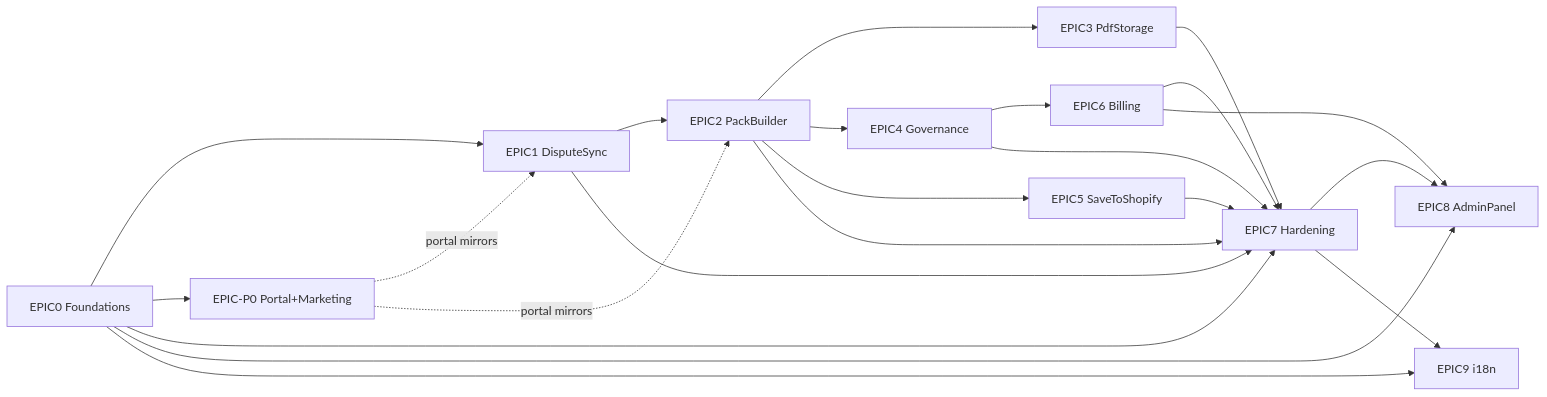
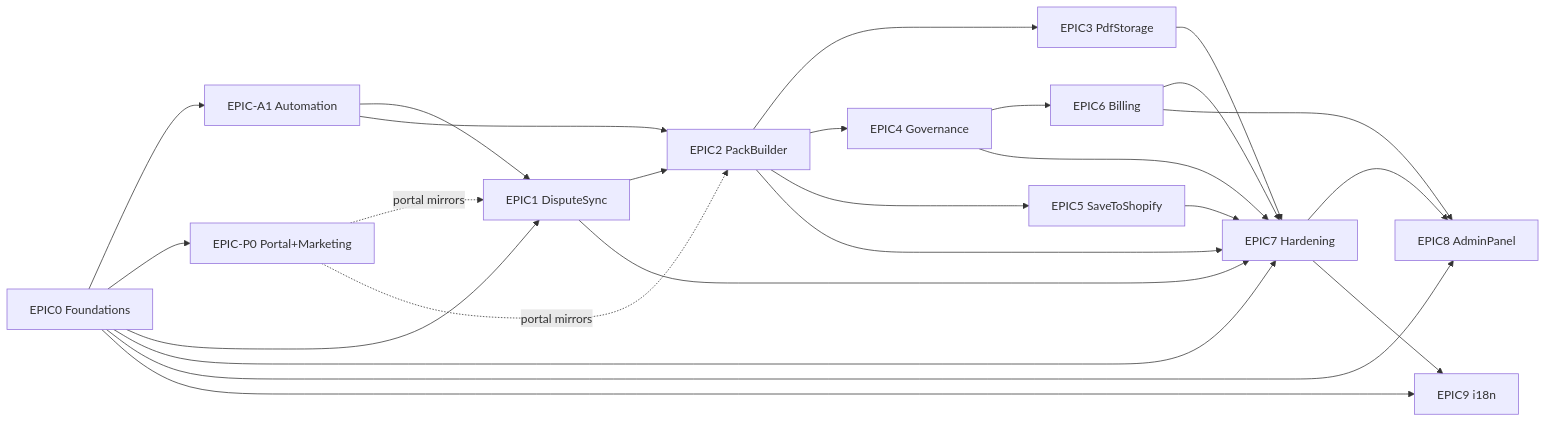
Before and after one commit to Johan-Jo/johan-jonsson-portfolio: the diagram in DisputeDesk/docs/roadmap.md, drawn with Mermaid. The commit also changed other lines of this file and 20 other files, not shown here.

````diff
--- a/DisputeDesk/docs/roadmap.md
+++ b/DisputeDesk/docs/roadmap.md
@@ -23,24 +24,27 @@
 ```mermaid
 flowchart LR
-  E0[EPIC0 Foundations] --> E1[EPIC1 DisputeSync]
+  E0[EPIC0 Foundations] --> EA1[EPIC-A1 Automation]
   E0 --> EP0[EPIC-P0 Portal+Marketing]
+  E0 --> E1[EPIC1 DisputeSync]
+  EA1 --> E1
+  EA1 --> E2[EPIC2 PackBuilder]
   EP0 -.->|portal mirrors| E1
   EP0 -.->|portal mirrors| E2
-  E1 --> E2[EPIC2 PackBuilder]
+  E1 --> E2
   E2 --> E3[EPIC3 PdfStorage]
   E2 --> E4[EPIC4 Governance]
   E2 --> E5[EPIC5 SaveToShopify]
   E4 --> E6[EPIC6 Billing]
   E0 --> E7[EPIC7 Hardening]
   E1 --> E7
   E2 --> E7
   E3 --> E7
   E4 --> E7
   E5 --> E7
   E6 --> E7
   E0 --> E8[EPIC8 AdminPanel]
   E6 --> E8
   E7 --> E8
   E0 --> E9[EPIC9 i18n]
   E7 --> E9
 ```
````
